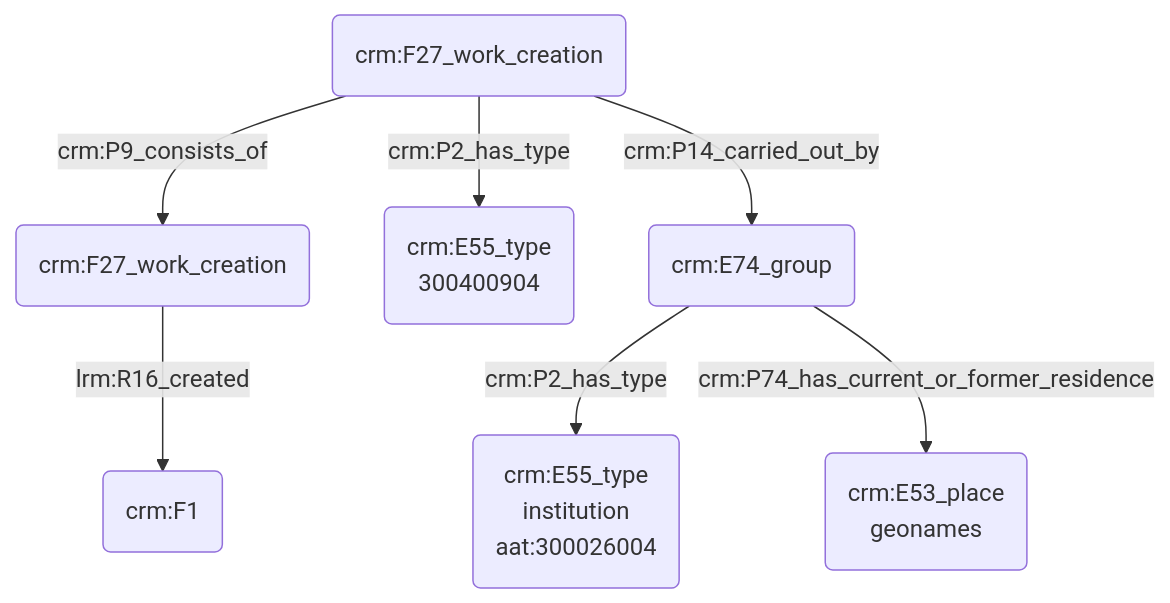
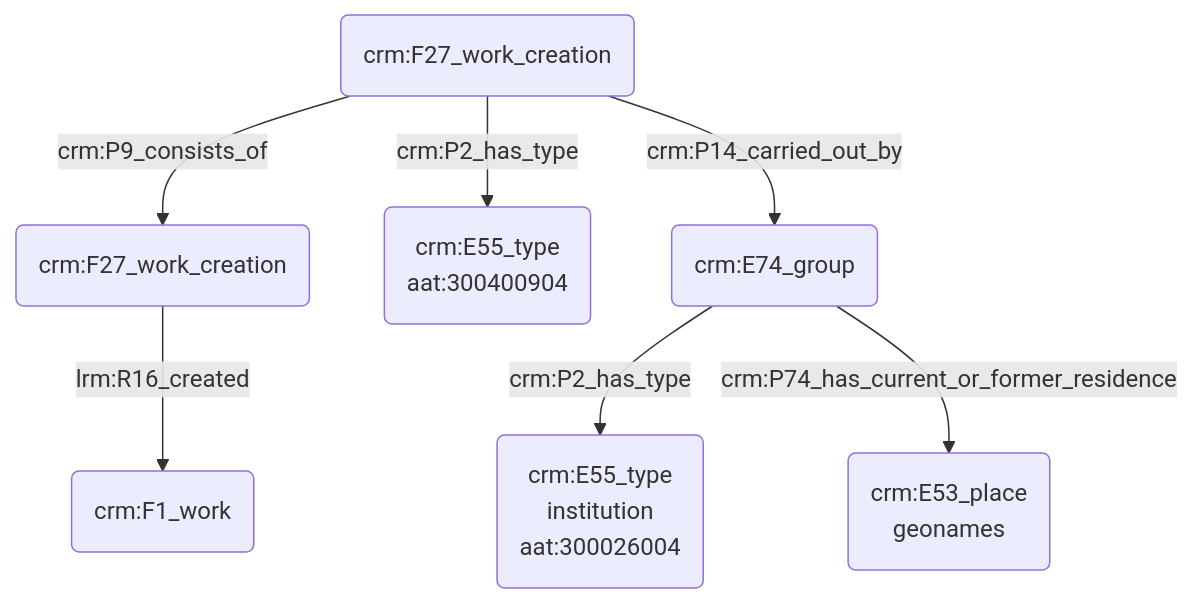
Before and after one commit to Amleth/consortium-musica2-gt2-ontologies: the diagram in modules/livrables/Dossier 2/Indexation conceptuelle/commanditaire d'une œuvre.md, drawn with Mermaid.

Commit message:
Update commanditaire d'une œuvre.md

````diff
--- a/modules/livrables/Dossier 2/Indexation conceptuelle/commanditaire d'une œuvre.md
+++ b/modules/livrables/Dossier 2/Indexation conceptuelle/commanditaire d'une œuvre.md
@@ -13,12 +13,12 @@
 ```mermaid
 graph TD;
 
-A(crm:F27_work_creation) --> |lrm:R16_created| B(crm:F1)
+A(crm:F27_work_creation) --> |lrm:R16_created| B(crm:F1_work)
 C(crm:F27_work_creation) -->|crm:P9_consists_of| A(crm:F27_work_creation)
-C(crm:F27_work_creation) --> |crm:P2_has_type| D(crm:E55_type<br>300400904)
-
+C(crm:F27_work_creation) --> |crm:P2_has_type| D(crm:E55_type<br>aat:300400904)
 C(crm:F27_work_creation) --> |crm:P14_carried_out_by| E(crm:E74_group)
 E(crm:E74_group) -->|crm:P2_has_type| F(crm:E55_type<br>institution<br>aat:300026004)
-E(crm:E74_group) -->|crm:P74_has_current_or_former_residence| g(crm:E53_place<br>geonames)
+E(crm:E74_group) -->|crm:P74_has_current_or_former_residence| G(crm:E53_place<br>geonames)
+
 
 ```
````
